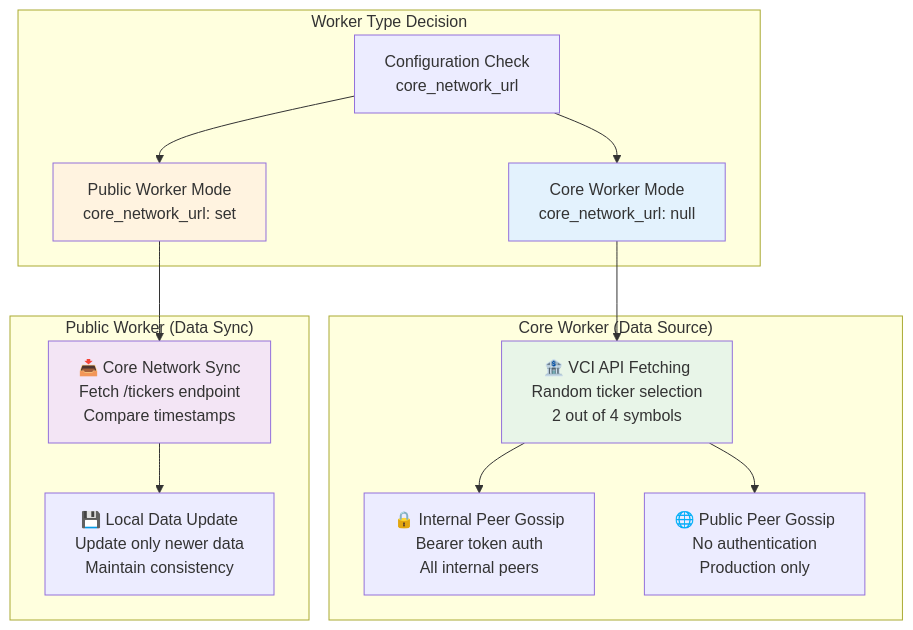
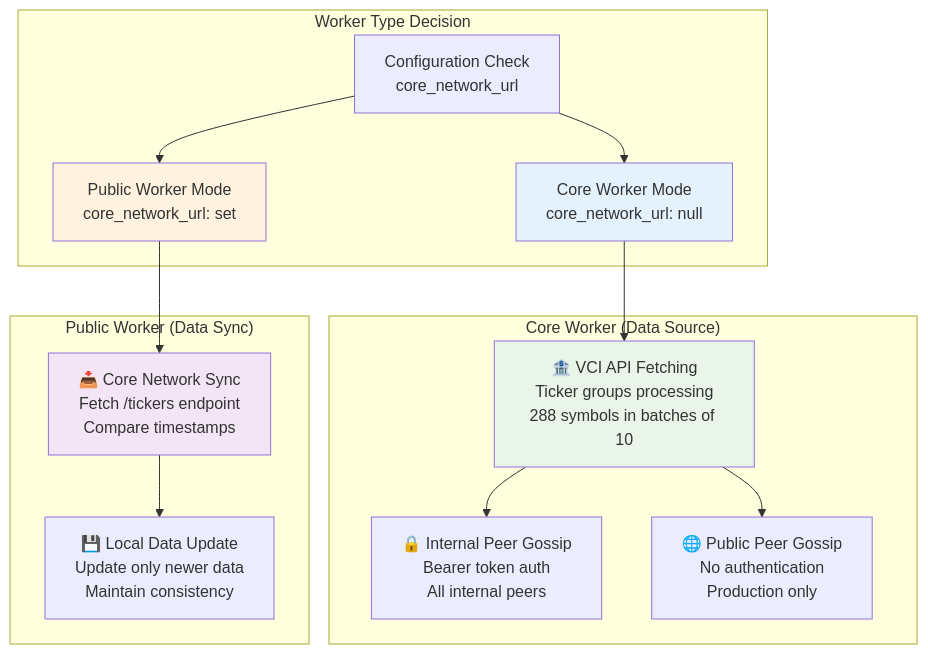
Before and after one commit to quanhua92/aipriceaction-proxy: the tenth of 17 diagrams in docs/README.md, drawn with Mermaid. The commit also changed other lines of this file and 1 other file, not shown here.

First line of the commit message:
Remove debug print statements from VCI batch processing

````diff
--- a/docs/README.md
+++ b/docs/README.md
@@ -876,32 +890,32 @@
 ```mermaid
 graph TB
     subgraph "Worker Type Decision"
         CONFIG[Configuration Check<br/>core_network_url]
         CORE_MODE[Core Worker Mode<br/>core_network_url: null]
         PUBLIC_MODE[Public Worker Mode<br/>core_network_url: set]
     end
     
     subgraph "Core Worker (Data Source)"
-        VCI_FETCH[🏦 VCI API Fetching<br/>Random ticker selection<br/>2 out of 4 symbols]
+        VCI_FETCH[🏦 VCI API Fetching<br/>Ticker groups processing<br/>288 symbols in batches of 10]
         INTERNAL_GOSSIP[🔒 Internal Peer Gossip<br/>Bearer token auth<br/>All internal peers]
         PUBLIC_GOSSIP[🌐 Public Peer Gossip<br/>No authentication<br/>Production only]
     end
     
     subgraph "Public Worker (Data Sync)"
         CORE_SYNC[📥 Core Network Sync<br/>Fetch /tickers endpoint<br/>Compare timestamps]
         LOCAL_UPDATE[💾 Local Data Update<br/>Update only newer data<br/>Maintain consistency]
     end
     
     CONFIG --> CORE_MODE
     CONFIG --> PUBLIC_MODE
     CORE_MODE --> VCI_FETCH
     VCI_FETCH --> INTERNAL_GOSSIP
     VCI_FETCH --> PUBLIC_GOSSIP
     PUBLIC_MODE --> CORE_SYNC
     CORE_SYNC --> LOCAL_UPDATE
     
     style CORE_MODE fill:#e3f2fd
     style PUBLIC_MODE fill:#fff3e0
     style VCI_FETCH fill:#e8f5e8
     style CORE_SYNC fill:#f3e5f5
 ```
````
